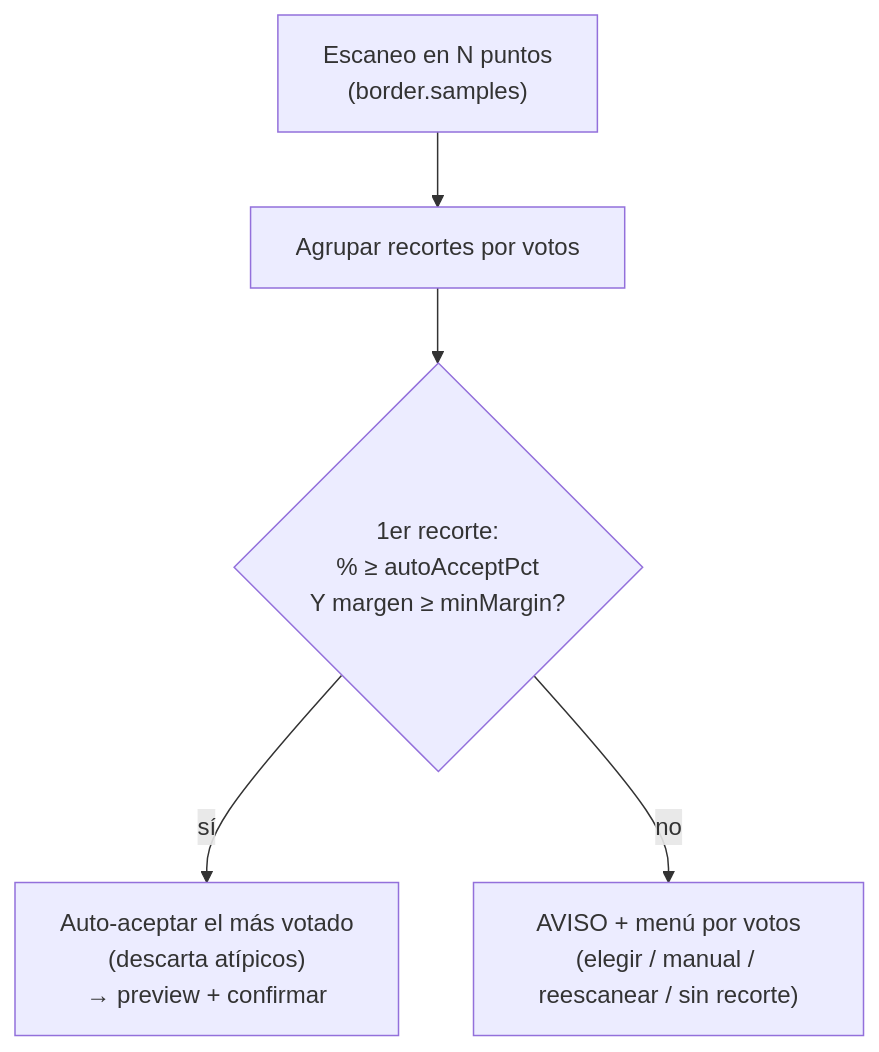
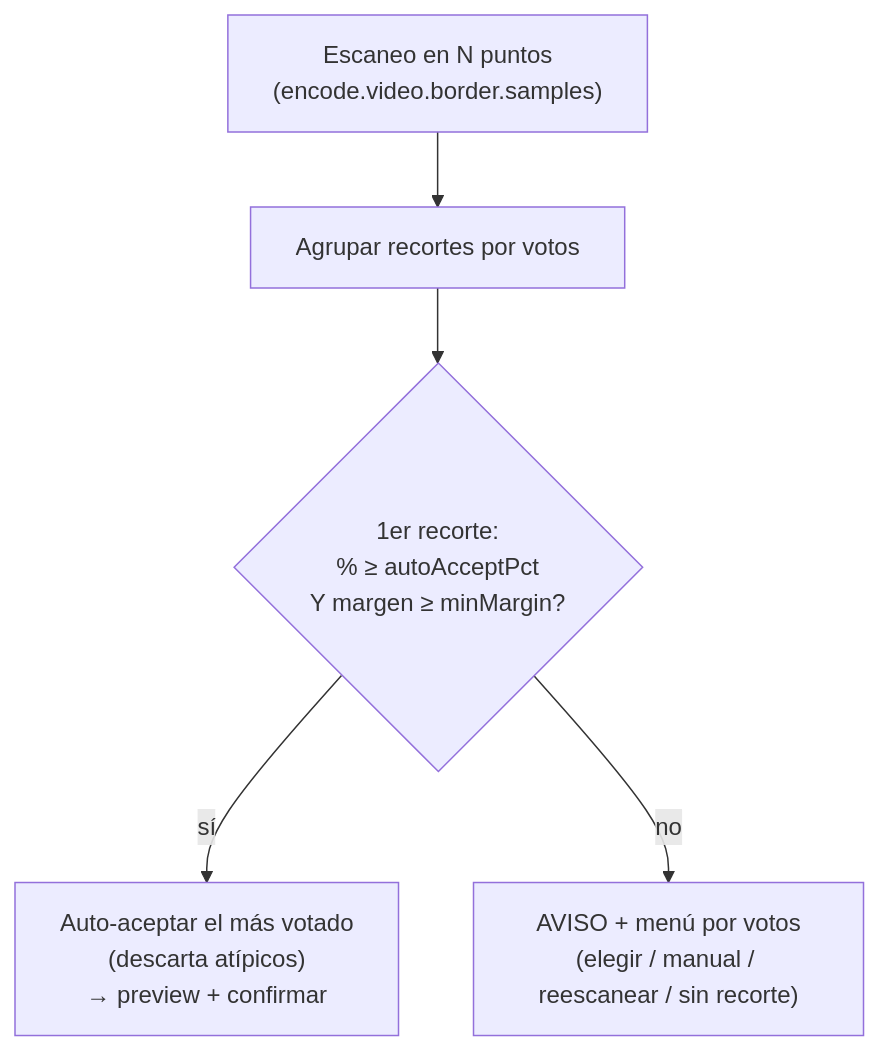
Before and after one commit to vsc55/ConversorVideoCMD: the diagram in docs/explica-deteccion-bordes.md, drawn with Mermaid. The commit also changed other lines of this file and 29 other files, not shown here.

````diff
--- a/docs/explica-deteccion-bordes.md
+++ b/docs/explica-deteccion-bordes.md
@@ -85,7 +85,7 @@
 ```mermaid
 flowchart TD
-    S["Escaneo en N puntos<br/>(border.samples)"] --> G["Agrupar recortes por votos"]
+    S["Escaneo en N puntos<br/>(encode.video.border.samples)"] --> G["Agrupar recortes por votos"]
     G --> Q{"1er recorte:<br/>% ≥ autoAcceptPct<br/>Y margen ≥ minMargin?"}
     Q -- "sí" --> A["Auto-aceptar el más votado<br/>(descarta atípicos)<br/>→ preview + confirmar"]
     Q -- "no" --> M["AVISO + menú por votos<br/>(elegir / manual / reescanear / sin recorte)"]
 ```
````
